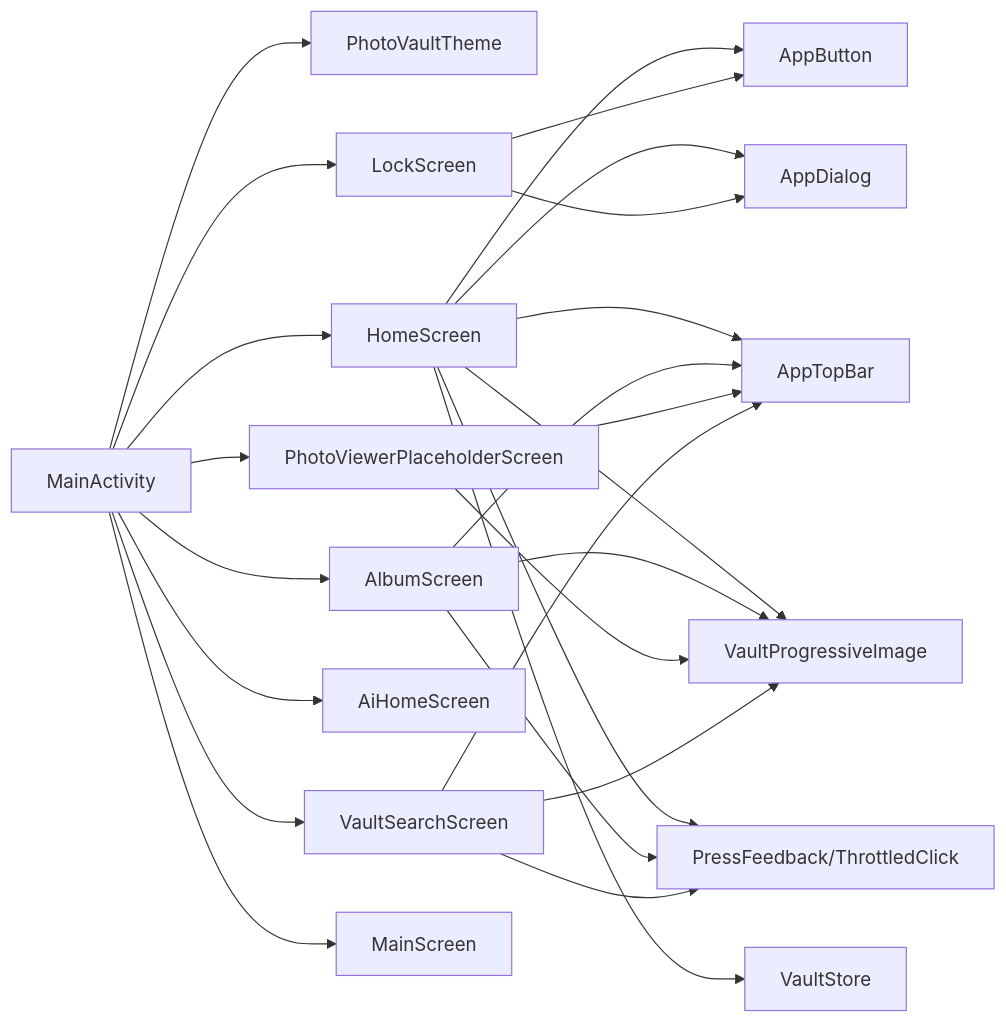
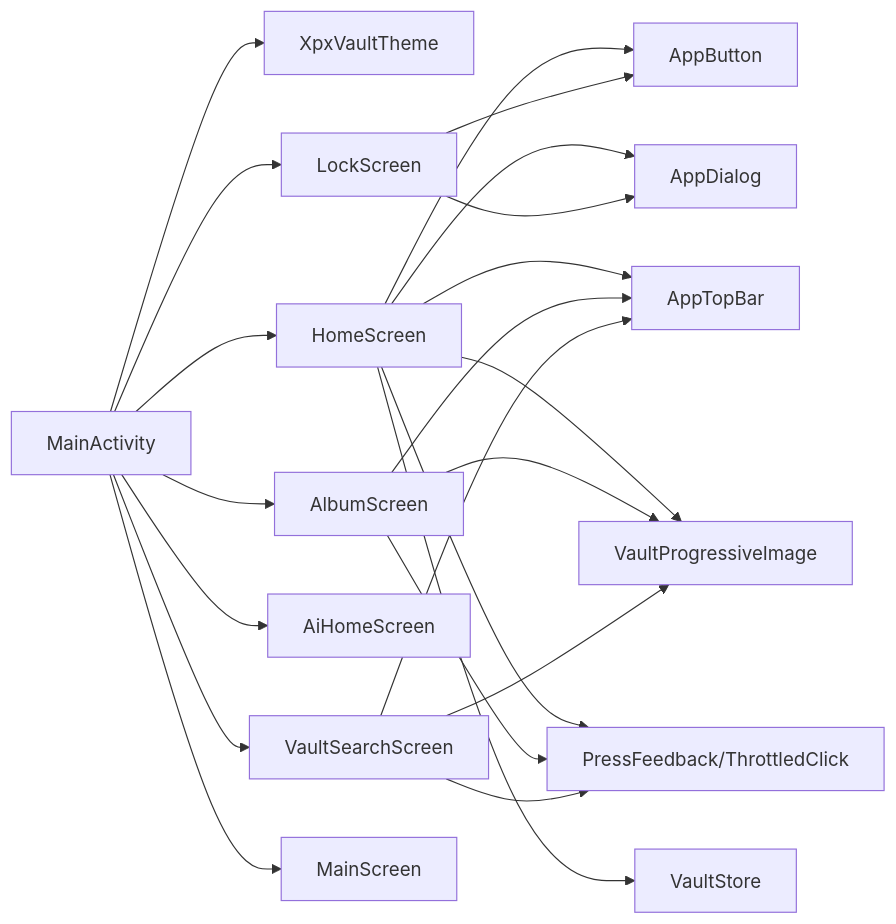
The tenth of 10 diagrams in .qoder/repowiki/zh/content/UI组件系统/UI组件系统.md (wanhongbo/ai-photo-vault), drawn with Mermaid before and after one commit. The commit also changed other lines of this file and 9 other files, not shown here.

````diff
--- a/.qoder/repowiki/zh/content/UI组件系统/UI组件系统.md
+++ b/.qoder/repowiki/zh/content/UI组件系统/UI组件系统.md
@@ -400,27 +386,24 @@
 ```mermaid
 graph LR
-MA["MainActivity"] --> THEME["PhotoVaultTheme"]
+MA["MainActivity"] --> THEME["XpxVaultTheme"]
 MA --> HOME["HomeScreen"]
 MA --> ALBUM["AlbumScreen"]
-MA --> PHOTOVIEWER["PhotoViewerPlaceholderScreen"]
 MA --> SEARCH["VaultSearchScreen"]
 MA --> AI["AiHomeScreen"]
 MA --> LOCK["LockScreen"]
 MA --> MAIN["MainScreen"]
 HOME --> BTN["AppButton"]
 HOME --> DLG["AppDialog"]
 HOME --> TOPBAR["AppTopBar"]
 HOME --> PROGIMG["VaultProgressiveImage"]
 HOME --> FEED["PressFeedback/ThrottledClick"]
 ALBUM --> TOPBAR
 ALBUM --> PROGIMG
 ALBUM --> FEED
-PHOTOVIEWER --> TOPBAR
-PHOTOVIEWER --> PROGIMG
 SEARCH --> TOPBAR
 SEARCH --> PROGIMG
 SEARCH --> FEED
 LOCK --> BTN
 LOCK --> DLG
 HOME --> VAULT["VaultStore"]
 ```
````
